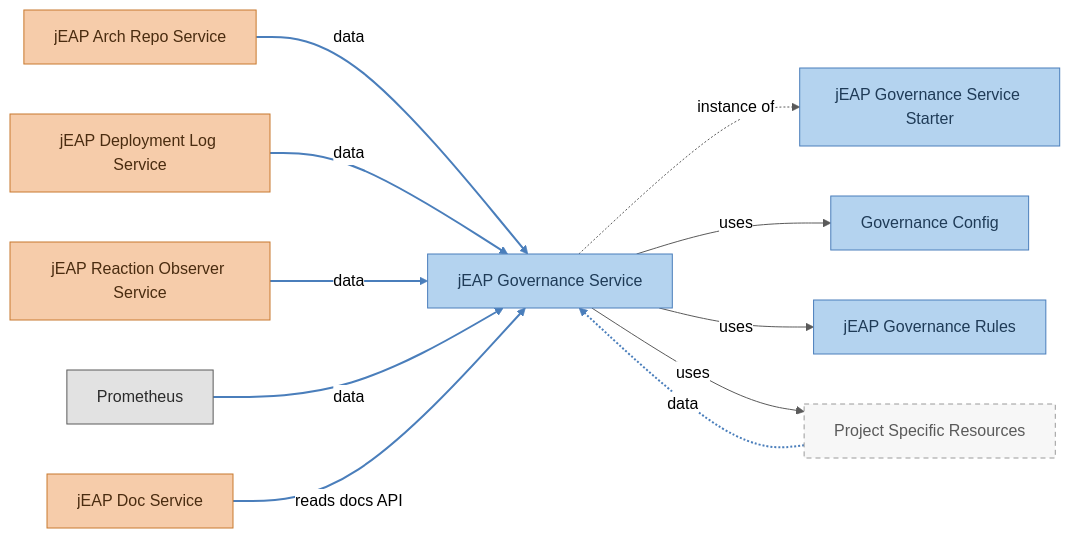
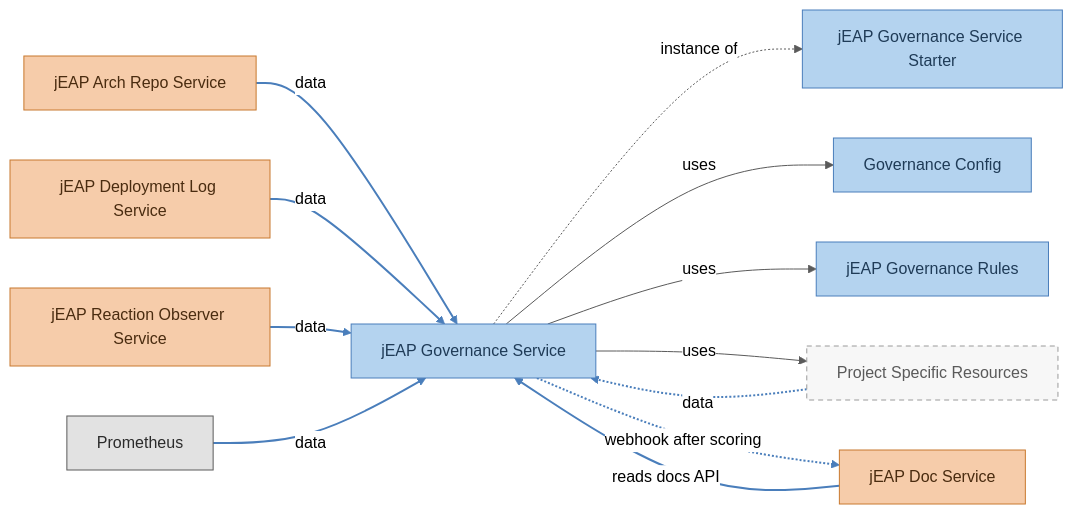
Before and after one commit to jeap-admin-ch/jeap-governance-service: the first of 15 diagrams in docs/architecture.md, drawn with Mermaid (neutral theme). The commit also changed other lines of this file and 21 other files, not shown here.

````diff
--- a/docs/architecture.md
+++ b/docs/architecture.md
@@ -14,50 +14,51 @@
 ```mermaid
 flowchart LR
 
 %% ---------- Data sources ----------
     ARCH["jEAP Arch Repo Service"]
     DEPLOY["jEAP Deployment Log Service"]
     REACT["jEAP Reaction Observer Service"]
     PROM["Prometheus"]
     PSPEC["Project Specific Resources"]
 
 %% ---------- Configuration & rules ----------
     CONFIG["Governance Config"]
     RULES["jEAP Governance Rules"]
 
 %% ---------- Core ----------
     STARTER["jEAP Governance Service Starter"]
     GOV["jEAP Governance Service"]
 
 %% ---------- Output ----------
     DOC["jEAP Doc Service"]
 
 %% ---------- Relations ----------
     GOV -. "instance of" .-> STARTER
 
     GOV -- "uses" --> CONFIG
     GOV -- "uses" --> RULES
     GOV -- "uses" --> PSPEC
 
     ARCH -- "data" --> GOV
     DEPLOY -- "data" --> GOV
     REACT -- "data" --> GOV
     PROM -- "data" --> GOV
     PSPEC -. "data" .-> GOV
 
     DOC -- "reads docs API" --> GOV
+    GOV -. "webhook after scoring" .-> DOC
 
 %% ---------- Styling ----------
     classDef jeap fill:#b4d3ef,stroke:#4a7ebb,stroke-width:1px,color:#1f3b57
     classDef service fill:#f6ccaa,stroke:#c8792e,stroke-width:1px,color:#4a2c10
     classDef external fill:#e2e2e2,stroke:#5a5a5a,stroke-width:1px,color:#2b2b2b
     classDef optional fill:#f7f7f7,stroke:#9a9a9a,stroke-width:1px,stroke-dasharray:5 4,color:#5a5a5a
 
     class CONFIG,RULES,STARTER,GOV jeap
     class ARCH,DEPLOY,REACT,DOC service
     class PROM external
     class PSPEC optional
 
     linkStyle 0,1,2,3 stroke:#5a5a5a,stroke-width:1px
-    linkStyle 4,5,6,7,8,9 stroke:#4a7ebb,stroke-width:2px
+    linkStyle 4,5,6,7,8,9,10 stroke:#4a7ebb,stroke-width:2px
 ```
````
